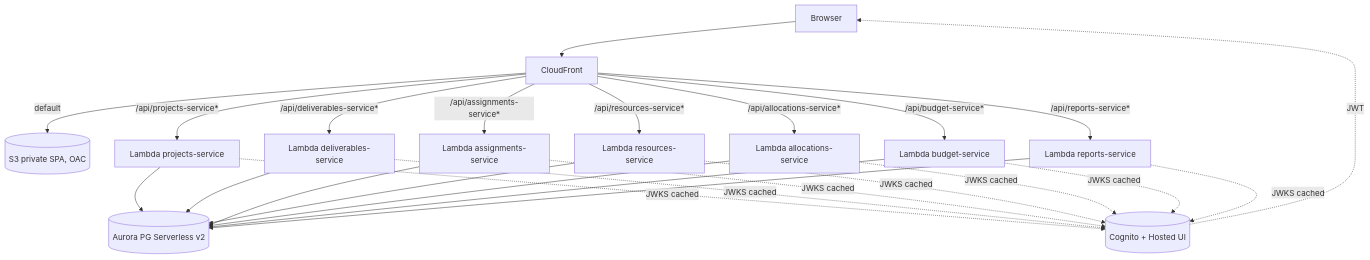
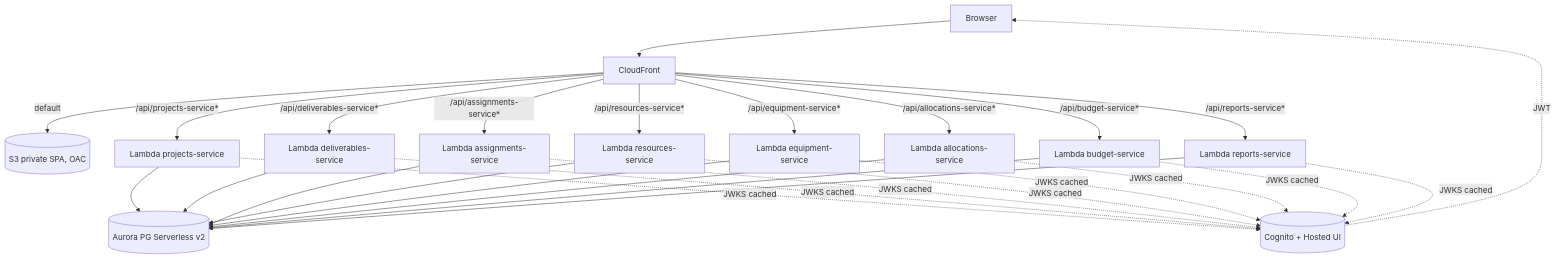
Before and after one commit to DevinJohnson1/citi_workshop: the first of 3 diagrams in SYSTEM_DESIGN.md, drawn with Mermaid. The commit also changed other lines of this file and 43 other files, not shown here.

````diff
--- a/SYSTEM_DESIGN.md
+++ b/SYSTEM_DESIGN.md
@@ -66,15 +66,16 @@
 ```mermaid
 graph TD
     Browser --> CF[CloudFront]
     CF -->|default| S3[(S3 private SPA, OAC)]
     CF -->|/api/projects-service*| LP[Lambda projects-service]
     CF -->|/api/deliverables-service*| LD[Lambda deliverables-service]
     CF -->|/api/assignments-service*| LAs[Lambda assignments-service]
     CF -->|/api/resources-service*| LR[Lambda resources-service]
+    CF -->|/api/equipment-service*| LE[Lambda equipment-service]
     CF -->|/api/allocations-service*| LA[Lambda allocations-service]
     CF -->|/api/budget-service*| LB[Lambda budget-service]
     CF -->|/api/reports-service*| LRep[Lambda reports-service]
-    LP & LD & LAs & LR & LA & LB & LRep --> DB[(Aurora PG Serverless v2)]
+    LP & LD & LAs & LR & LE & LA & LB & LRep --> DB[(Aurora PG Serverless v2)]
     Cognito[(Cognito + Hosted UI)] -.->|JWT| Browser
-    LP & LD & LAs & LR & LA & LB & LRep -.->|JWKS cached| Cognito
+    LP & LD & LAs & LR & LE & LA & LB & LRep -.->|JWKS cached| Cognito
 ```
````
